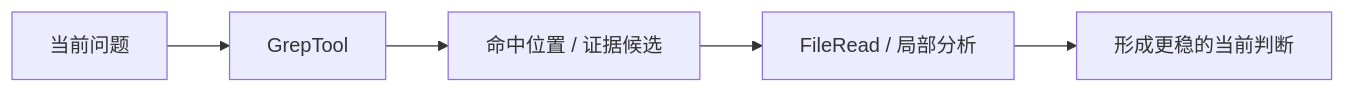
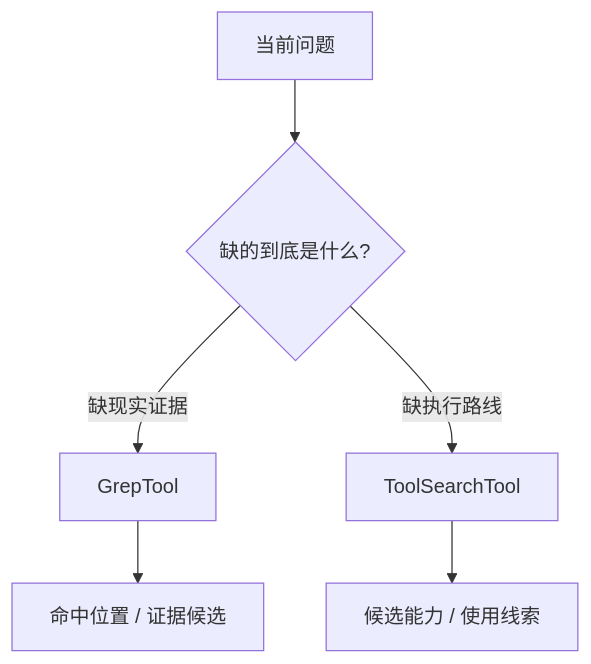
The second of 2 diagrams in docs/guidebookv2/volume-3/08-how-greptool-finds-things-in-real-material.md (T0UGH/claude-code-source-guide), drawn with Mermaid before and after one commit. The commit also changed other lines of this file and 13 other files, not shown here.

Commit message:
tighten volume-3 diagrams and boundaries

````diff
--- a/docs/guidebookv2/volume-3/08-how-greptool-finds-things-in-real-material.md
+++ b/docs/guidebookv2/volume-3/08-how-greptool-finds-things-in-real-material.md
@@ -121,7 +121,8 @@
 ```mermaid
-flowchart LR
-    A[当前问题] --> B[GrepTool]
-    B --> C[命中位置 / 证据候选]
-    C --> D[FileRead / 局部分析]
-    D --> E[形成更稳的当前判断]
+flowchart TD
+    A[当前问题] --> B{缺的到底是什么?}
+    B -->|缺现实证据| C[GrepTool]
+    B -->|缺执行路线| D[ToolSearchTool]
+    C --> E[命中位置 / 证据候选]
+    D --> F[候选能力 / 使用线索]
 ```
````
